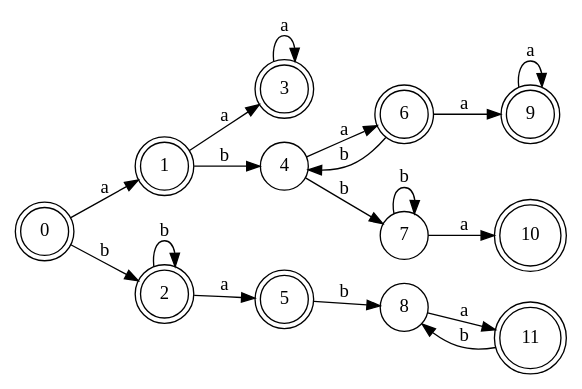
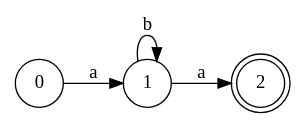
Before and after one commit to Galileo01/Compilation_principle_compiler: the diagram in src/views/NFADFA/sdfa.gv, drawn with Graphviz. The commit also changed 14 other files, not shown here.

```diff
--- a/src/views/NFADFA/sdfa.gv
+++ b/src/views/NFADFA/sdfa.gv
@@ -1,44 +1,12 @@
 digraph "/Users/bytedance/My/编译原理/compiler/src/views/NFADFA/sdfa" {
 	rankdir=LR
 	node [shape=doublecircle]
+	2 [label=2]
+	node [shape=circle]
 	0 [label=0]
-	node [shape=doublecircle]
+	node [shape=circle]
 	1 [label=1]
-	node [shape=doublecircle]
-	3 [label=3]
-	node [shape=doublecircle]
-	2 [label=2]
-	node [shape=doublecircle]
-	5 [label=5]
-	node [shape=doublecircle]
-	10 [label=10]
-	node [shape=doublecircle]
-	11 [label=11]
-	node [shape=doublecircle]
-	6 [label=6]
-	node [shape=doublecircle]
-	9 [label=9]
-	node [shape=circle]
-	4 [label=4]
-	node [shape=circle]
-	7 [label=7]
-	node [shape=circle]
-	8 [label=8]
 	0 -> 1 [label=a]
-	0 -> 2 [label=b]
-	1 -> 3 [label=a]
-	1 -> 4 [label=b]
-	3 -> 3 [label=a]
-	2 -> 5 [label=a]
-	2 -> 2 [label=b]
-	5 -> 8 [label=b]
-	11 -> 8 [label=b]
-	6 -> 9 [label=a]
-	6 -> 4 [label=b]
-	9 -> 9 [label=a]
-	4 -> 6 [label=a]
-	4 -> 7 [label=b]
-	7 -> 10 [label=a]
-	7 -> 7 [label=b]
-	8 -> 11 [label=a]
+	1 -> 2 [label=a]
+	1 -> 1 [label=b]
 }
```
